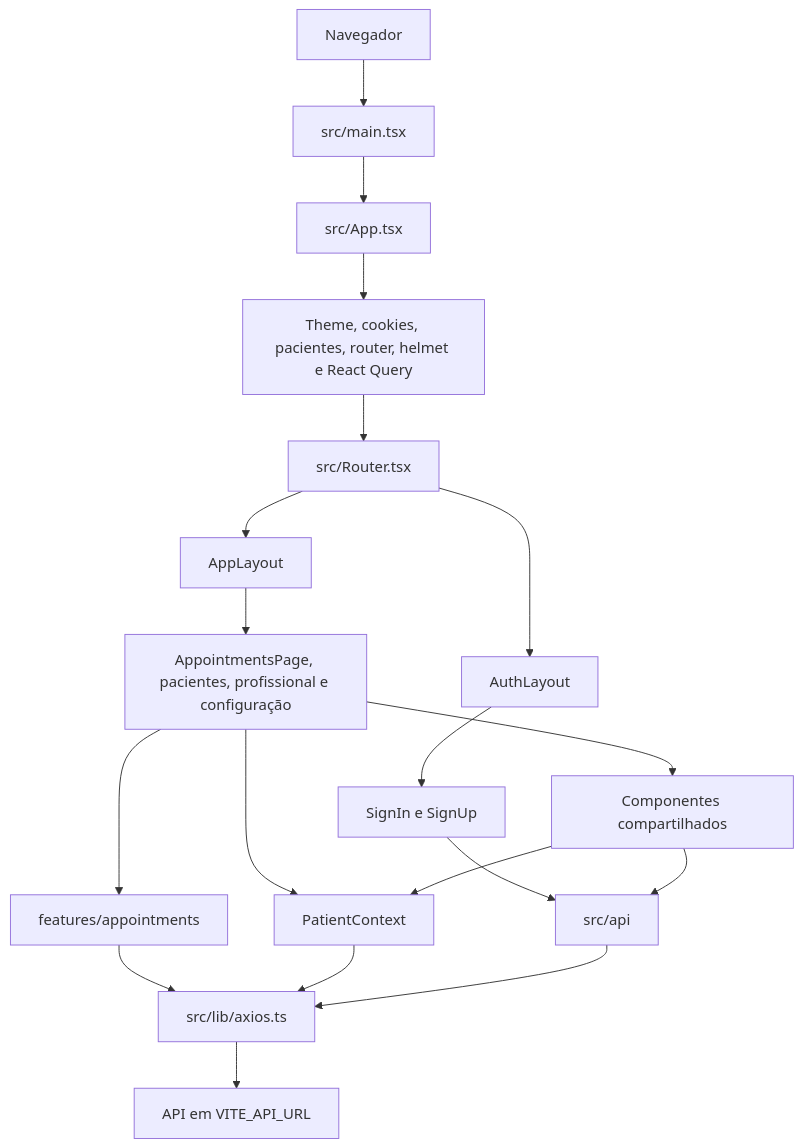
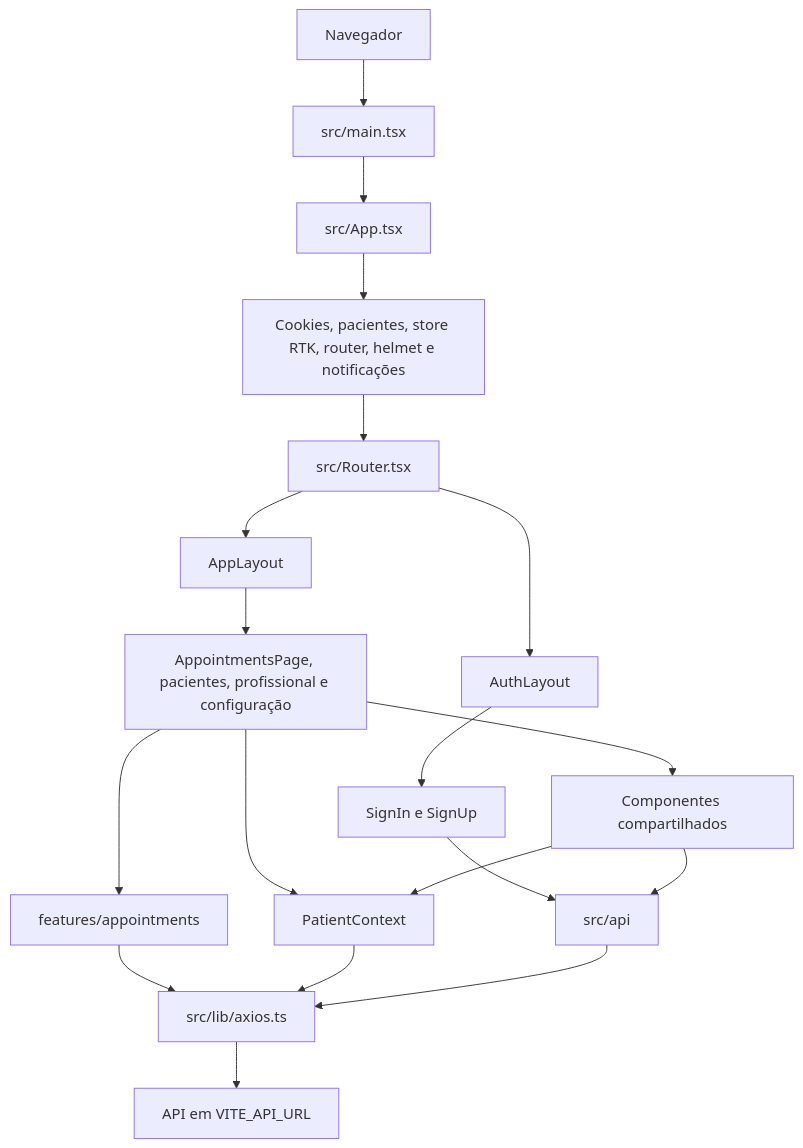
One commit to Abmaellf/agendamentos-smart changed the diagram in docs/Arquitetura do Sistema.md. Above: the diagram before and after it, drawn with Mermaid. The commit also changed other lines of this file and 44 other files, not shown here.

Commit message:
refatora api para RTK query

````diff
--- a/docs/Arquitetura do Sistema.md
+++ b/docs/Arquitetura do Sistema.md
@@ -21,21 +21,21 @@
 ```mermaid
 flowchart TD
     Browser[Navegador] --> Main[src/main.tsx]
     Main --> App[src/App.tsx]
-    App --> Providers[Theme, cookies, pacientes, router, helmet e React Query]
+    App --> Providers[Cookies, pacientes, store RTK, router, helmet e notificações]
     Providers --> Router[src/Router.tsx]
     Router --> AuthLayout[AuthLayout]
     Router --> AppLayout[AppLayout]
     AuthLayout --> AuthPages[SignIn e SignUp]
     AppLayout --> Pages[AppointmentsPage, pacientes, profissional e configuração]
     Pages --> AppointmentsFeature[features/appointments]
     Pages --> Components[Componentes compartilhados]
     Pages --> PatientContext[PatientContext]
     Components --> PatientContext
     AuthPages --> ApiFunctions[src/api]
     Components --> ApiFunctions
     AppointmentsFeature --> Axios[src/lib/axios.ts]
     PatientContext --> Axios
     ApiFunctions --> Axios
     Axios --> ExternalApi[API em VITE_API_URL]
 ```
````
